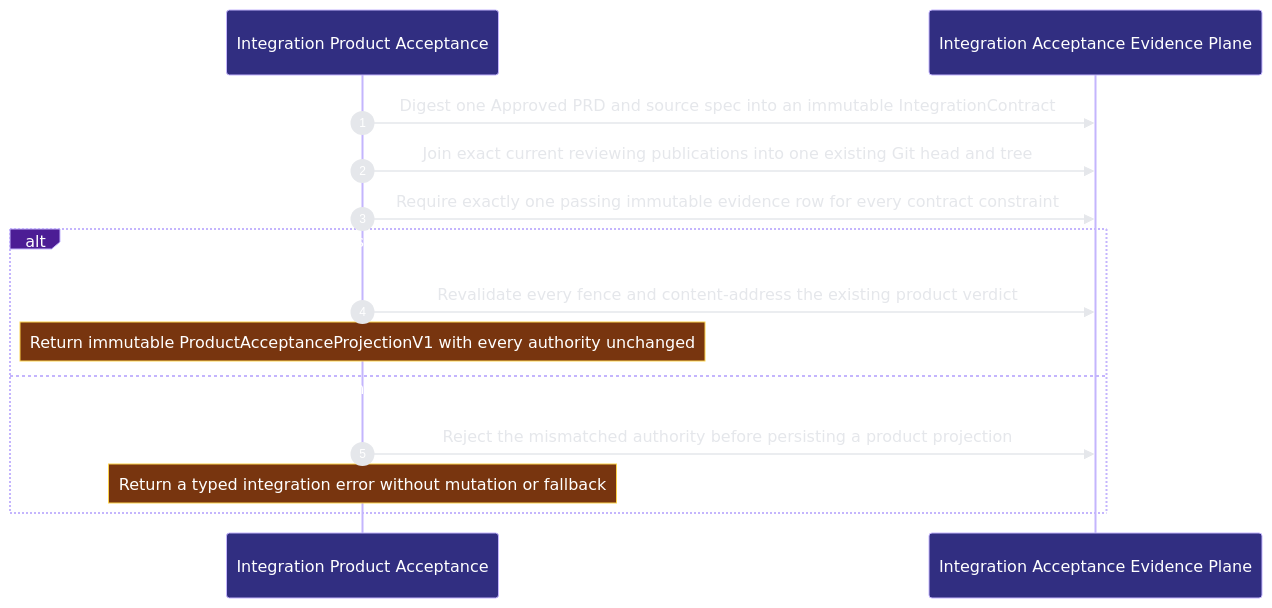
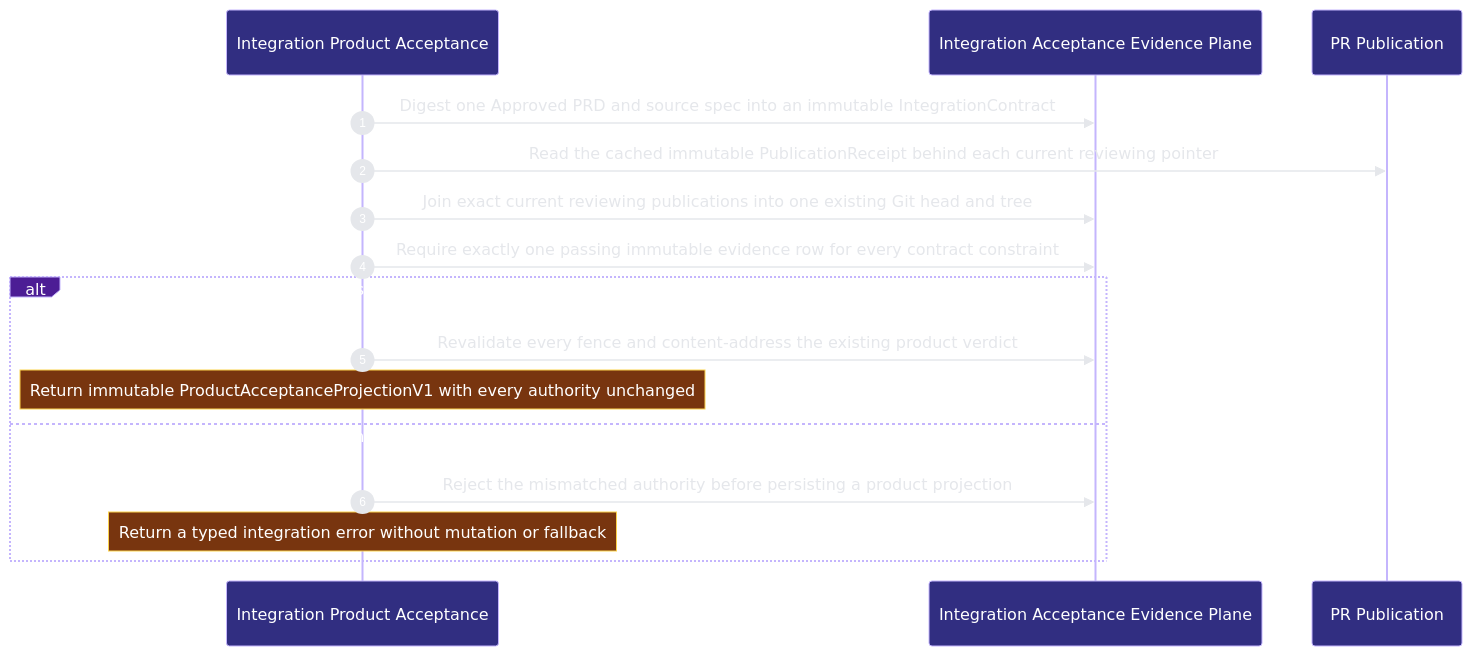
Before and after one commit to Ancienttwo/repo-harness: the second of 2 diagrams in docs/architecture/modules/runtime-harness/integration-acceptance.md, drawn with Mermaid. The commit also changed other lines of this file and 54 other files, not shown here.

````diff
--- a/docs/architecture/modules/runtime-harness/integration-acceptance.md
+++ b/docs/architecture/modules/runtime-harness/integration-acceptance.md
@@ -63,17 +67,19 @@
 ```mermaid
 %%{init: {"theme":"base","themeVariables":{"background":"#0d1117","actorBkg":"#312e81","actorBorder":"#c4b5fd","actorTextColor":"#ffffff","signalColor":"#e5e7eb","signalTextColor":"#e5e7eb","labelBoxBkgColor":"#4c1d95","labelBoxBorderColor":"#c4b5fd","labelTextColor":"#ffffff","noteBkgColor":"#78350f","noteBorderColor":"#fcd34d","noteTextColor":"#ffffff","sequenceNumberColor":"#ffffff"}}}%%
 sequenceDiagram
   autonumber
   participant p2_integration_plane_da058c3e as Integration Product Acceptance
   participant p2_evidence_schema_dd5fece0 as Integration Acceptance Evidence Plane
+  participant p2_publication_1c89e8c8 as PR Publication
   p2_integration_plane_da058c3e->>p2_evidence_schema_dd5fece0: Digest one Approved PRD and source spec into an immutable IntegrationContract
+  p2_integration_plane_da058c3e->>p2_publication_1c89e8c8: Read the cached immutable PublicationReceipt behind each current reviewing pointer
   p2_integration_plane_da058c3e->>p2_evidence_schema_dd5fece0: Join exact current reviewing publications into one existing Git head and tree
   p2_integration_plane_da058c3e->>p2_evidence_schema_dd5fece0: Require exactly one passing immutable evidence row for every contract constraint
   alt Current authority bytes and the existing passing AcceptanceReceipt project onto the exact candidate
   p2_integration_plane_da058c3e->>p2_evidence_schema_dd5fece0: Revalidate every fence and content-address the existing product verdict
     Note over p2_integration_plane_da058c3e: Return immutable ProductAcceptanceProjectionV1 with every authority unchanged
   else Any stale requirement， publication， candidate， matrix， evidence or receipt fails closed
   p2_integration_plane_da058c3e->>p2_evidence_schema_dd5fece0: Reject the mismatched authority before persisting a product projection
     Note over p2_integration_plane_da058c3e: Return a typed integration error without mutation or fallback
   end
 ```
````
